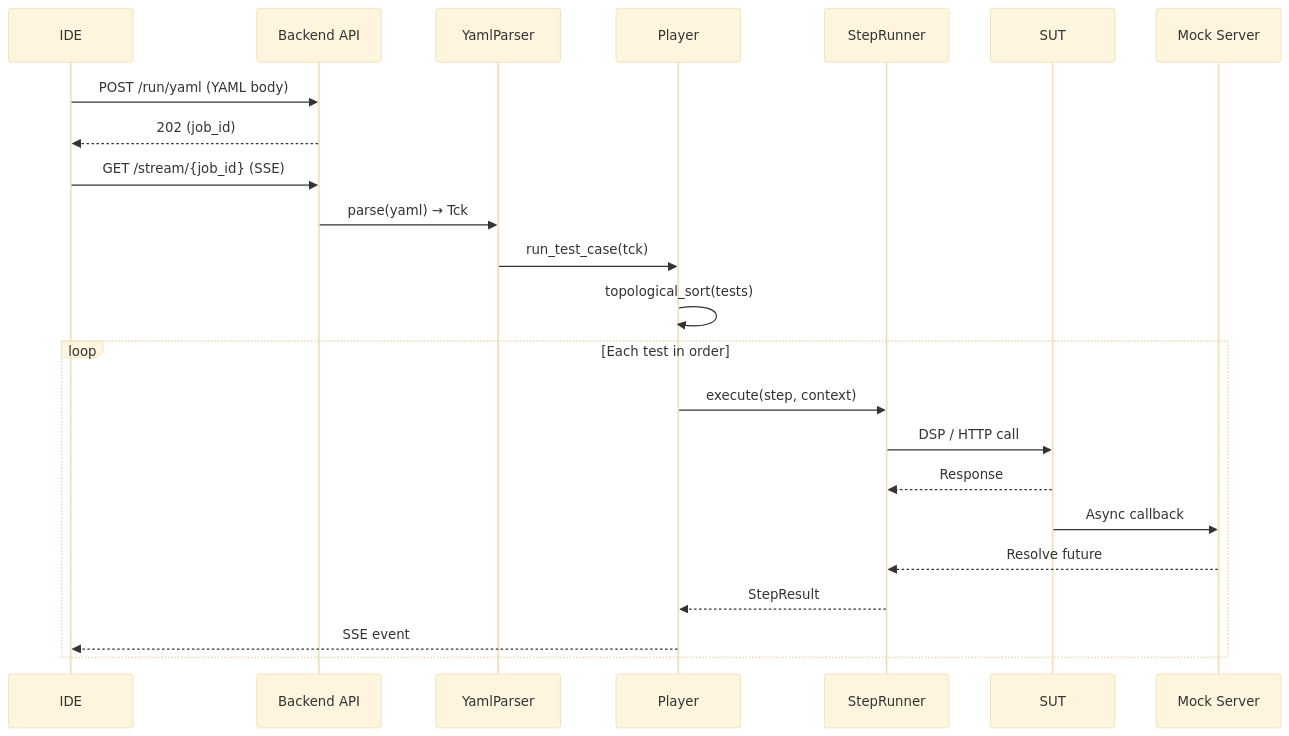
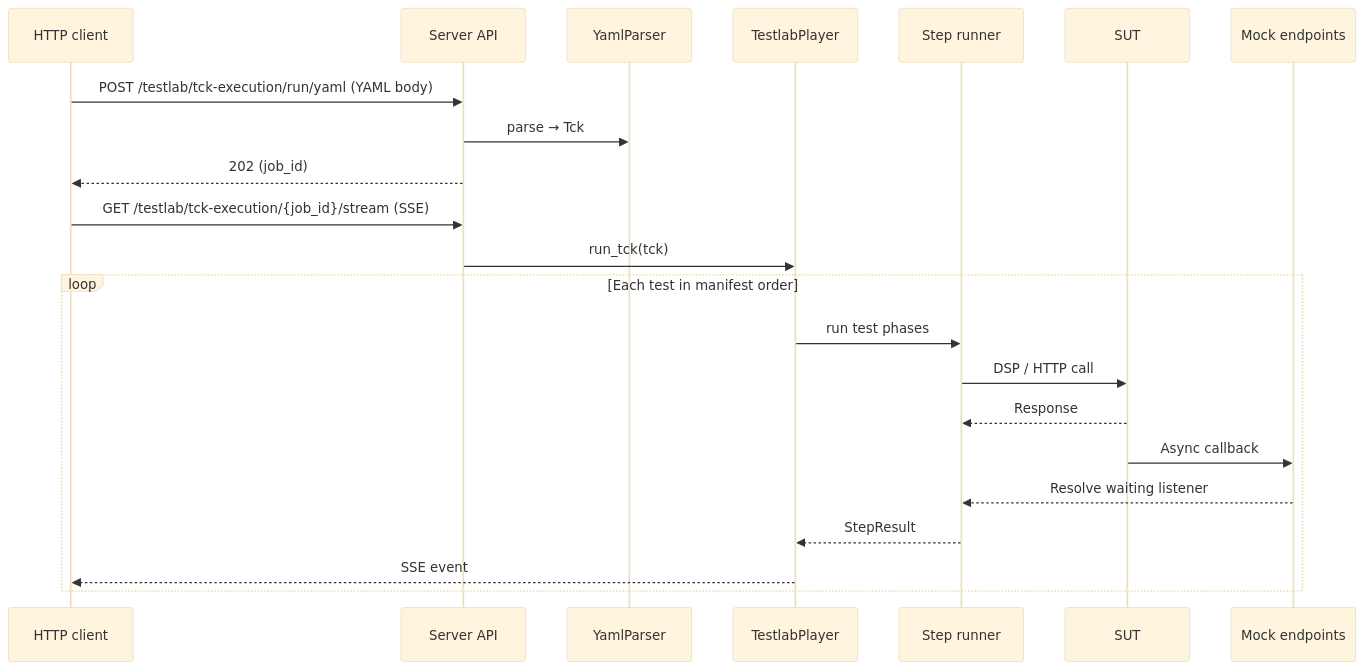
One commit to eclipse-tractusx/tractusx-testlab changed the second of 4 diagrams in docs/tutorials/ccm-architecture-guide.md. Above: the diagram before and after it, drawn with Mermaid (base theme). The commit also changed other lines of this file and 155 other files, not shown here.

````diff
--- a/docs/tutorials/ccm-architecture-guide.md
+++ b/docs/tutorials/ccm-architecture-guide.md
@@ -56,26 +57,25 @@
 ```mermaid
 sequenceDiagram
-    participant IDE as IDE
-    participant API as Backend API
+    participant Client as HTTP client
+    participant API as Server API
     participant Parser as YamlParser
-    participant Player as Player
-    participant Step as StepRunner
+    participant Player as TestlabPlayer
+    participant Step as Step runner
     participant SUT as SUT
-    participant Mock as Mock Server
+    participant Mock as Mock endpoints
 
-    IDE->>API: POST /run/yaml (YAML body)
-    API-->>IDE: 202 (job_id)
-    IDE->>API: GET /stream/{job_id} (SSE)
-    API->>Parser: parse(yaml) → Tck
-    Parser->>Player: run_test_case(tck)
-    Player->>Player: topological_sort(tests)
-    loop Each test in order
-        Player->>Step: execute(step, context)
+    Client->>API: POST /testlab/tck-execution/run/yaml (YAML body)
+    API->>Parser: parse → Tck
+    API-->>Client: 202 (job_id)
+    Client->>API: GET /testlab/tck-execution/{job_id}/stream (SSE)
+    API->>Player: run_tck(tck)
+    loop Each test in manifest order
+        Player->>Step: run test phases
         Step->>SUT: DSP / HTTP call
         SUT-->>Step: Response
         SUT->>Mock: Async callback
-        Mock-->>Step: Resolve future
+        Mock-->>Step: Resolve waiting listener
         Step-->>Player: StepResult
-        Player-->>IDE: SSE event
+        Player-->>Client: SSE event
     end
 ```
````
